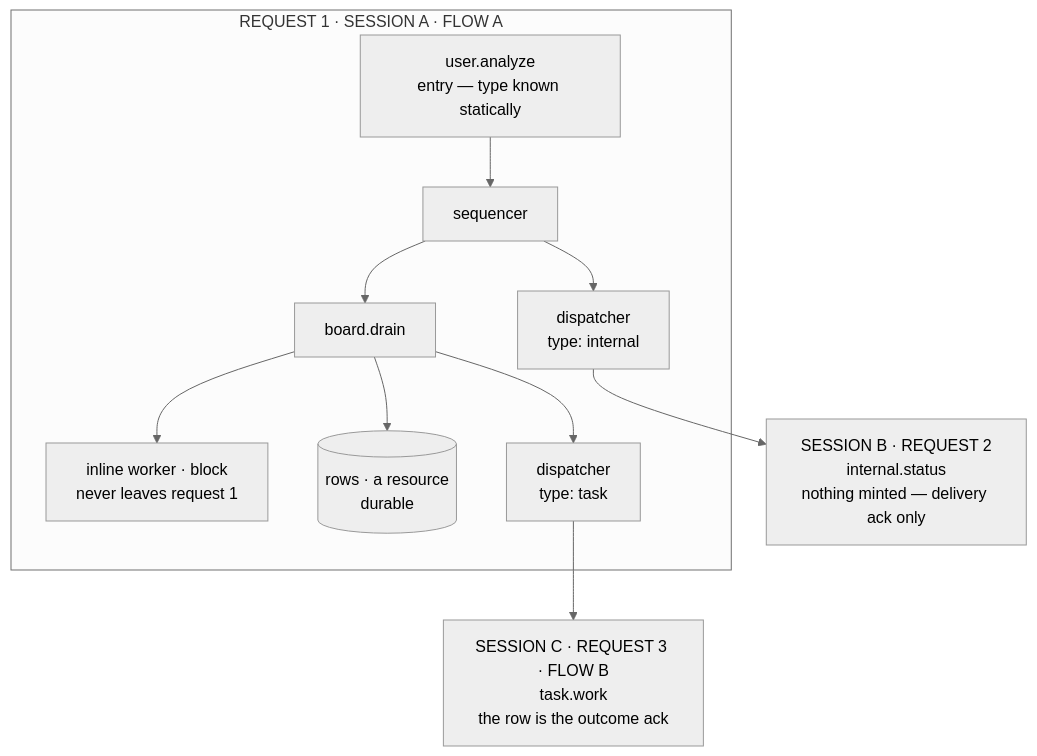
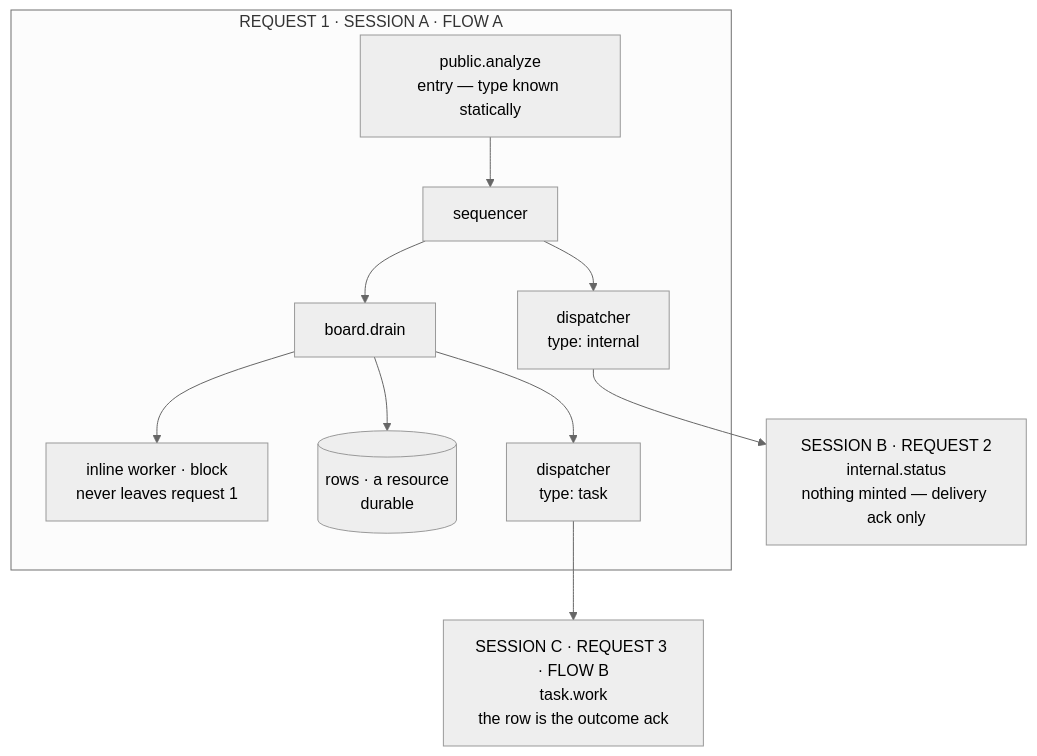
Before and after one commit to fixpoint-labs/flow-state-dev: the second of 2 diagrams in docs/internal/design/tasks-replace-workstreams.md, drawn with Mermaid (neutral theme). The commit also changed other lines of this file, not shown here.

First line of the commit message:
docs(design): rename the concept — dispatch, not message; public, not user

````diff
--- a/docs/internal/design/tasks-replace-workstreams.md
+++ b/docs/internal/design/tasks-replace-workstreams.md
@@ -701,14 +719,14 @@
 ```mermaid
 flowchart TB
   subgraph R1["REQUEST 1 · SESSION A · FLOW A"]
-    entry["user.analyze<br/>entry — type known statically"] --> seq["sequencer"]
+    entry["public.analyze<br/>entry — type known statically"] --> seq["sequencer"]
     seq --> bg["dispatcher<br/>type: internal"]
     seq --> drain["board.drain"]
     drain --> inline["inline worker · block<br/>never leaves request 1"]
     drain --> rows[("rows · a resource<br/>durable")]
     drain --> ho["dispatcher<br/>type: task"]
   end
 
   bg --> S2["SESSION B · REQUEST 2<br/>internal.status<br/>nothing minted — delivery ack only"]
   ho --> S3["SESSION C · REQUEST 3 · FLOW B<br/>task.work<br/>the row is the outcome ack"]
 ```
````
